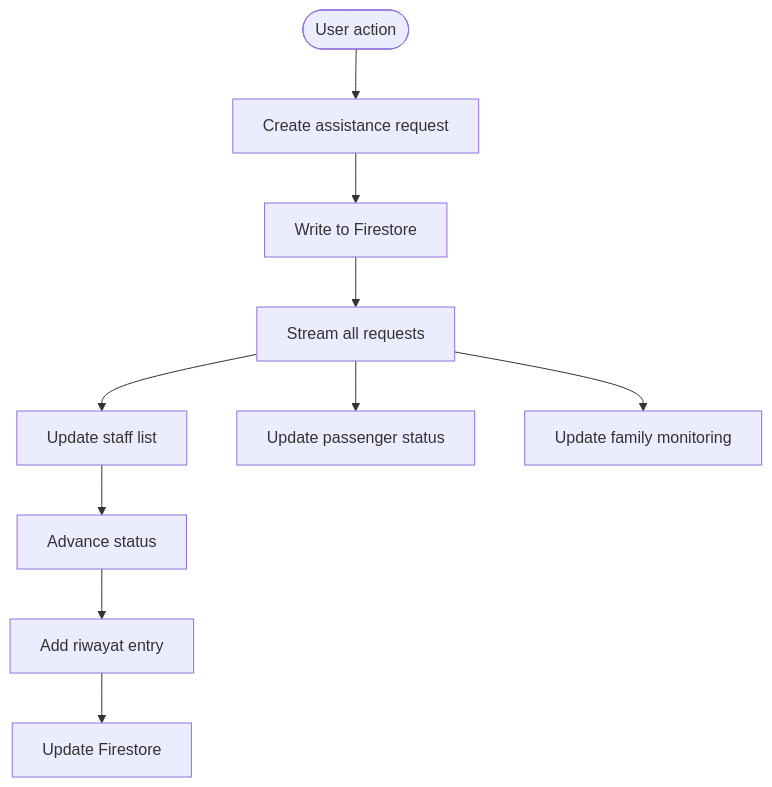
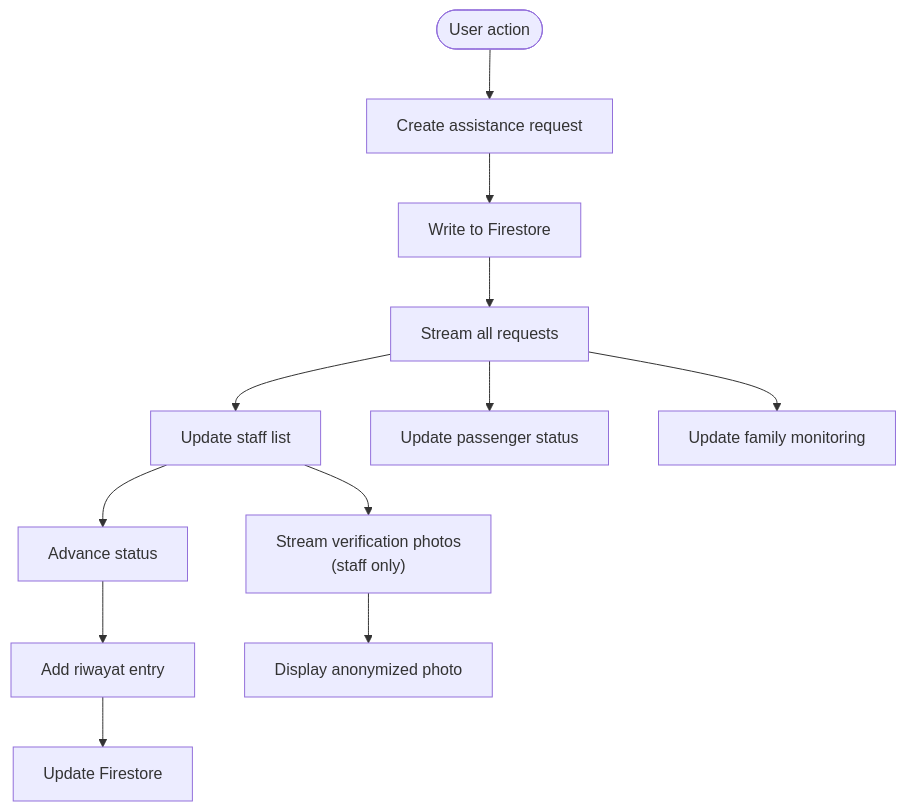
The sixth of 8 diagrams in .qoder/repowiki/en/content/AI Detection System/Firebase Integration.md (rdsarjito/whoosh-ramah), drawn with Mermaid before and after one commit. The commit also changed other lines of this file and 17 other files, not shown here.

````diff
--- a/.qoder/repowiki/en/content/AI Detection System/Firebase Integration.md
+++ b/.qoder/repowiki/en/content/AI Detection System/Firebase Integration.md
@@ -285,12 +309,14 @@
 ```mermaid
 flowchart TD
 Start(["User action"]) --> CreateRequest["Create assistance request"]
 CreateRequest --> FirestoreWrite["Write to Firestore"]
 FirestoreWrite --> StreamAll["Stream all requests"]
 StreamAll --> UpdateUI["Update staff list"]
 StreamAll --> UpdatePassenger["Update passenger status"]
 StreamAll --> UpdateFamily["Update family monitoring"]
 UpdateUI --> AdvanceStatus["Advance status"]
 AdvanceStatus --> UpdateHistory["Add riwayat entry"]
 UpdateHistory --> FirestoreUpdate["Update Firestore"]
+UpdateUI --> StreamPhotos["Stream verification photos<br/>(staff only)"]
+StreamPhotos --> DisplayPhoto["Display anonymized photo"]
 ```
````
